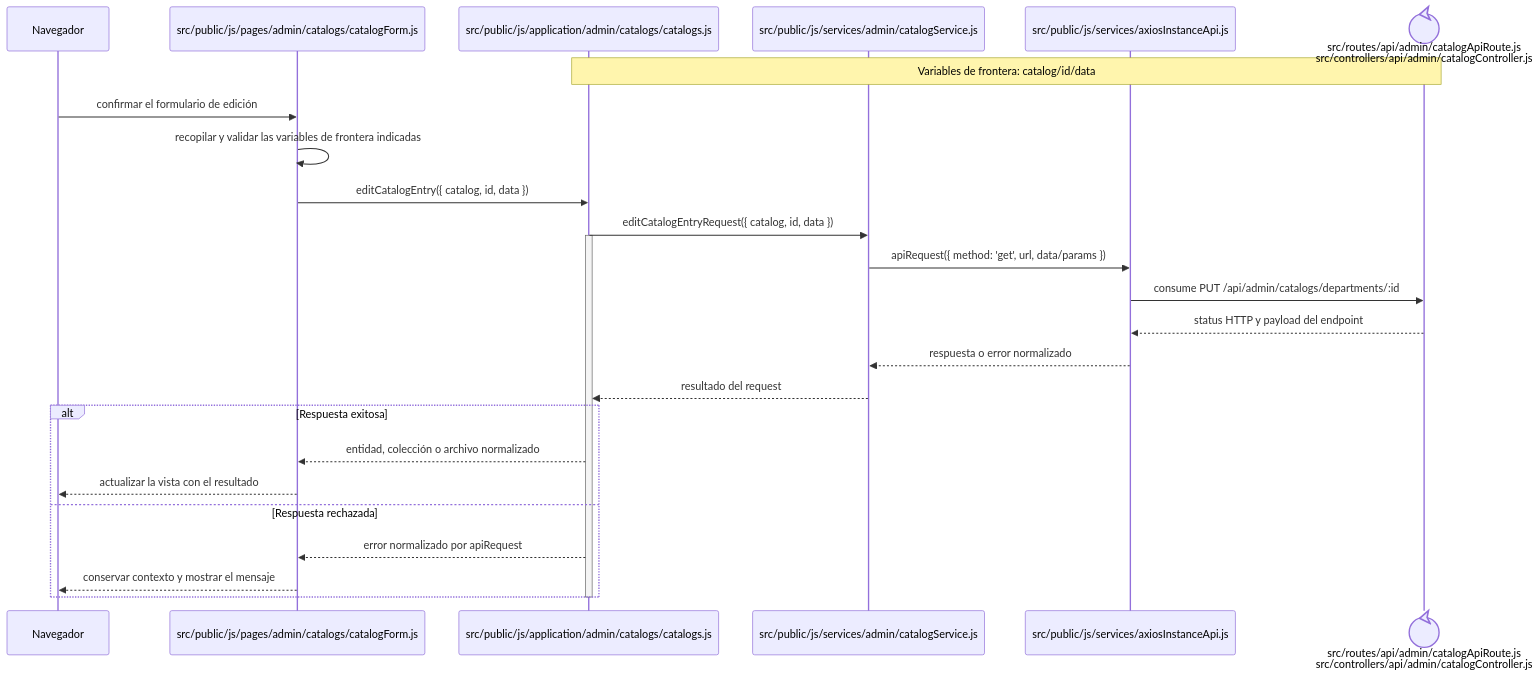
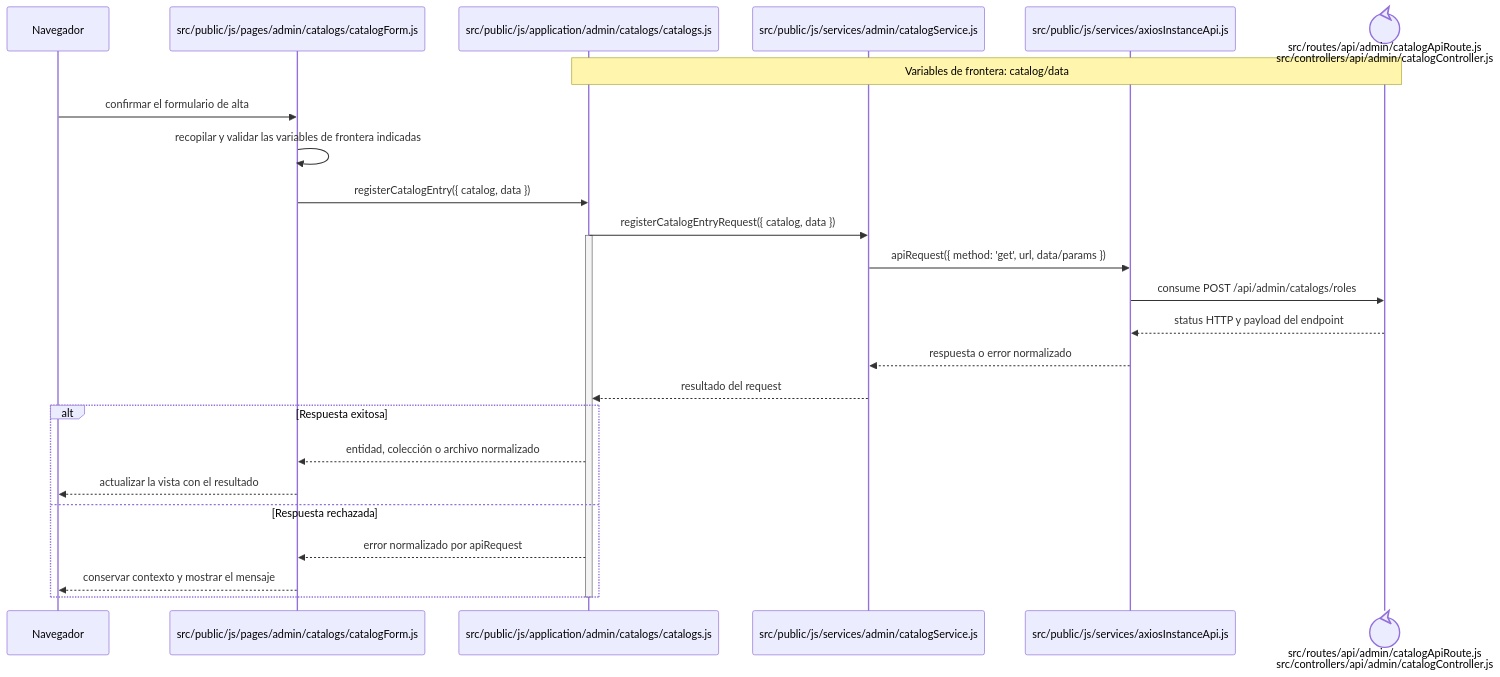
The diagram in docs/architecture/frontend-code-sequences/catalogs/cu-cat-29.md (gpgsistemas01/nexus), drawn with Mermaid before and after one commit. The commit also changed other lines of this file and 207 other files, not shown here.

````diff
--- a/docs/architecture/frontend-code-sequences/catalogs/cu-cat-29.md
+++ b/docs/architecture/frontend-code-sequences/catalogs/cu-cat-29.md
@@ -6,29 +6,29 @@
 ```mermaid
 sequenceDiagram
     participant Browser as Navegador
     participant View as src/public/js/pages/admin/catalogs/catalogForm.js
     participant Application as src/public/js/application/admin/catalogs/catalogs.js
     participant Request as src/public/js/services/admin/catalogService.js
     participant HTTP as src/public/js/services/axiosInstanceApi.js
     participant Transport@{ "type": "control" } as src/routes/api/admin/catalogApiRoute.js<br/>src/controllers/api/admin/catalogController.js
-    Note over Application,Transport: Variables de frontera: catalog/id/data
+    Note over Application,Transport: Variables de frontera: catalog/data
 
-    Browser->>View: confirmar el formulario de edición
+    Browser->>View: confirmar el formulario de alta
     View->>View: recopilar y validar las variables de frontera indicadas
-    View->>Application: editCatalogEntry({ catalog, id, data })
-    Application->>Request: editCatalogEntryRequest({ catalog, id, data })
+    View->>Application: registerCatalogEntry({ catalog, data })
+    Application->>Request: registerCatalogEntryRequest({ catalog, data })
     activate Application
     Request->>HTTP: apiRequest({ method: 'get', url, data/params })
-    HTTP->>Transport: consume PUT /api/admin/catalogs/departments/:id
+    HTTP->>Transport: consume POST /api/admin/catalogs/roles
     Transport-->>HTTP: status HTTP y payload del endpoint
     HTTP-->>Request: respuesta o error normalizado
     Request-->>Application: resultado del request
     alt Respuesta exitosa
         Application-->>View: entidad, colección o archivo normalizado
         View-->>Browser: actualizar la vista con el resultado
     else Respuesta rechazada
         Application-->>View: error normalizado por apiRequest
         View-->>Browser: conservar contexto y mostrar el mensaje
     end
     deactivate Application
 ```
````
